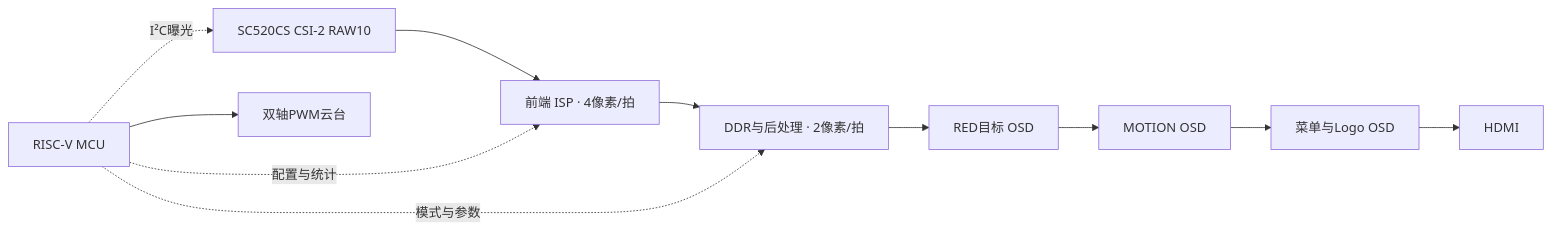
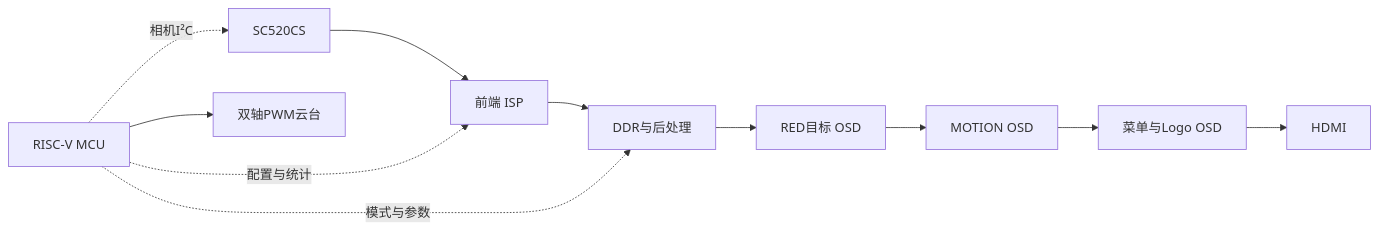
One commit to TG6661/ph1p35-vision-system changed the diagram in README.md. Above: the diagram before and after it, drawn with Mermaid. The commit also changed other lines of this file and 4 other files, not shown here.

````diff
--- a/README.md
+++ b/README.md
@@ -28,13 +33,13 @@
 ```mermaid
 flowchart LR
-    A[SC520CS CSI-2 RAW10] --> B[前端 ISP · 4像素/拍]
-    B --> C[DDR与后处理 · 2像素/拍]
+    A[SC520CS] --> B[前端 ISP]
+    B --> C[DDR与后处理]
     C --> D[RED目标 OSD]
     D --> E[MOTION OSD]
     E --> F[菜单与Logo OSD]
     F --> G[HDMI]
     M[RISC-V MCU] -. 配置与统计 .-> B
     M -. 模式与参数 .-> C
-    M -. I²C曝光 .-> A
+    M -. 相机I²C .-> A
     M --> P[双轴PWM云台]
 ```
````
